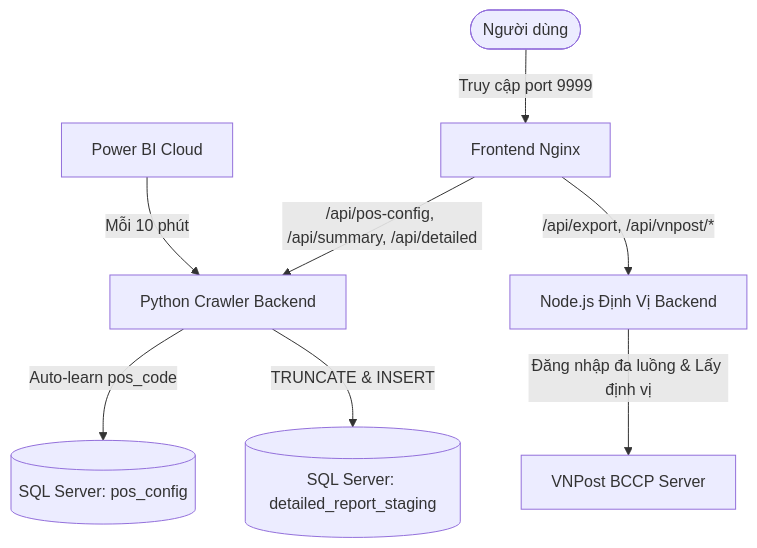
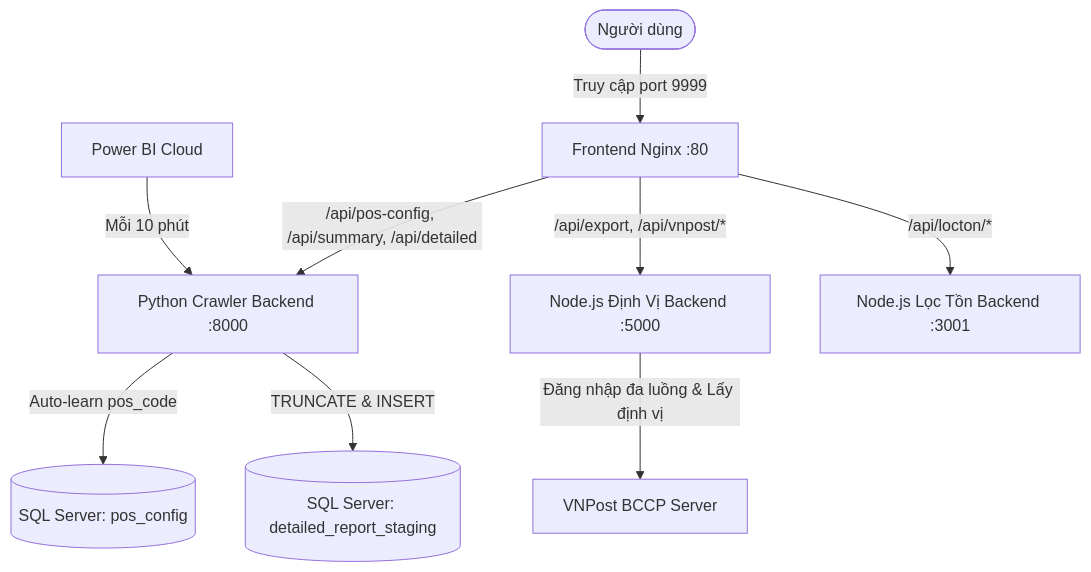
The diagram in README.md (Dong071102/tools-bdld-vnp), drawn with Mermaid before and after one commit. The commit also changed other lines of this file and 3 other files, not shown here.

Commit message:
docs: Cap nhat README.md cho locton-backend va bao mat cac bien moi truong docker-compose

````diff
--- a/README.md
+++ b/README.md
@@ -79,12 +92,13 @@
 ```mermaid
 flowchart TD
-    PBI[Power BI Cloud] -->|Mỗi 10 phút| CRW[Python Crawler Backend]
+    PBI[Power BI Cloud] -->|Mỗi 10 phút| CRW[Python Crawler Backend :8000]
     CRW -->|Auto-learn pos_code| PCFG[(SQL Server: pos_config)]
     CRW -->|TRUNCATE & INSERT| STG[(SQL Server: detailed_report_staging)]
     
-    USER([Người dùng]) -->|Truy cập port 9999| NGINX[Frontend Nginx]
+    USER([Người dùng]) -->|Truy cập port 9999| NGINX[Frontend Nginx :80]
     NGINX -->|/api/pos-config, /api/summary, /api/detailed| CRW
-    NGINX -->|/api/export, /api/vnpost/*| DVI[Node.js Định Vị Backend]
+    NGINX -->|/api/export, /api/vnpost/*| DVI[Node.js Định Vị Backend :5000]
+    NGINX -->|/api/locton/*| LCT[Node.js Lọc Tồn Backend :3001]
     
     DVI -->|Đăng nhập đa luồng & Lấy định vị| BCCP[VNPost BCCP Server]
 ```
````
